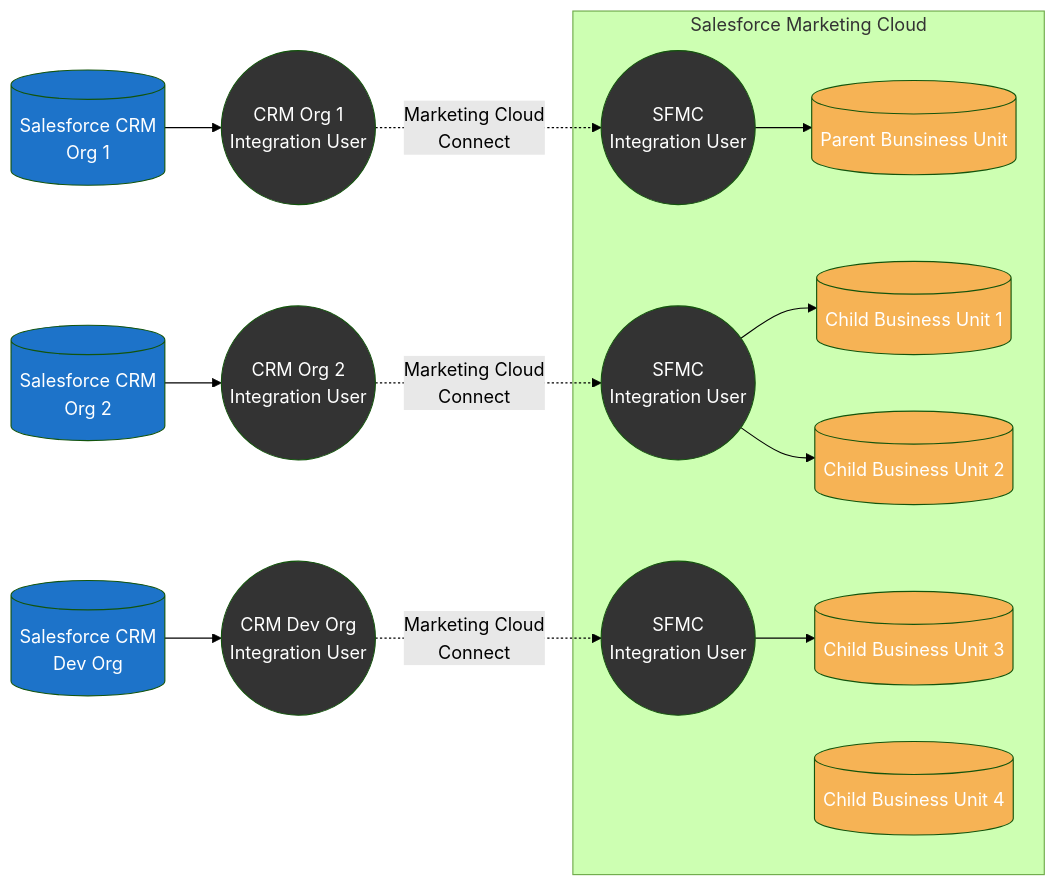
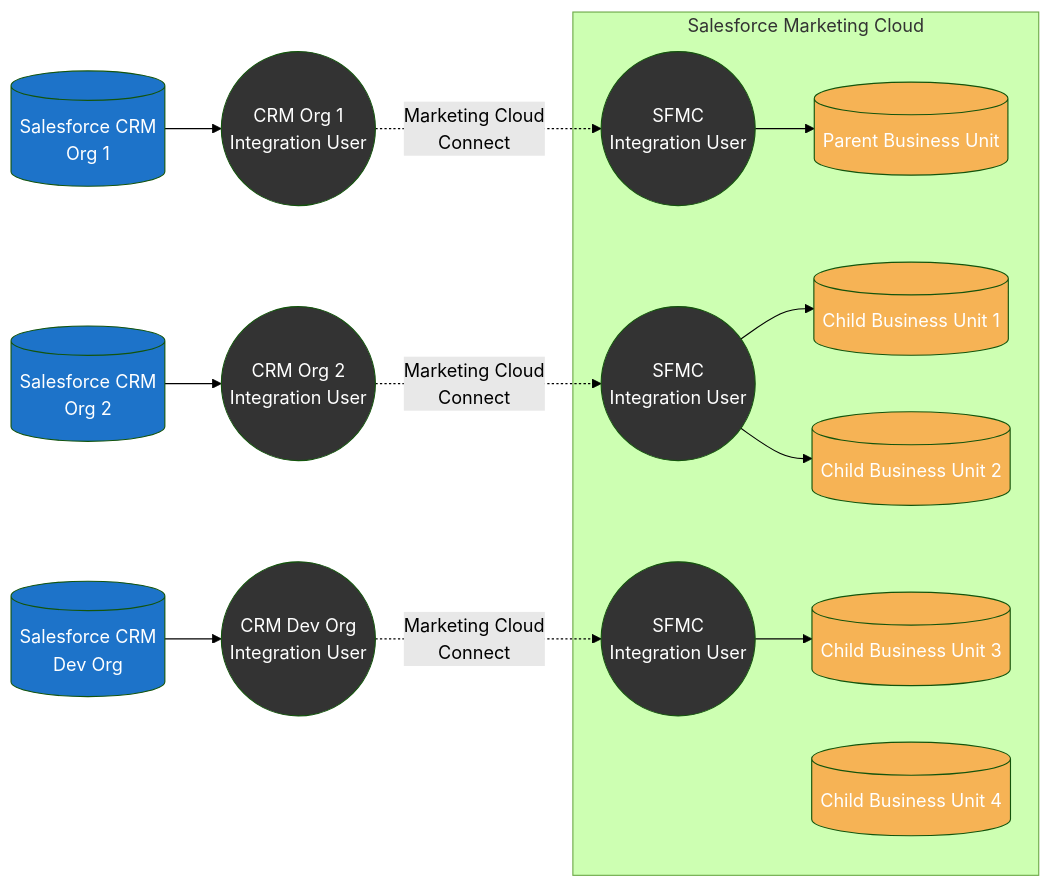
The sixth of 7 diagrams in docs/config/sfmc-mcc-integration-patterns.mdx (MateuszDabrowski/mateuszdabrowski.pl), drawn with Mermaid (forest theme) before and after one commit. The commit also changed other lines of this file and 1 other file, not shown here.

````diff
--- a/docs/config/sfmc-mcc-integration-patterns.mdx
+++ b/docs/config/sfmc-mcc-integration-patterns.mdx
@@ -282,35 +288,35 @@
 ```mermaid
 graph LR
  crm1[(Salesforce CRM\nOrg 1)]:::sfdc
  crm2[(Salesforce CRM\nOrg 2)]:::sfdc
  crm3[(Salesforce CRM\nDev Org)]:::sfdc
  crm1IU((CRM Org 1\nIntegration User)):::mcc
  crm2IU((CRM Org 2\nIntegration User)):::mcc
  crm3IU((CRM Dev Org\nIntegration User)):::mcc
  sfmc1IU((SFMC\nIntegration User)):::mcc
  sfmc2IU((SFMC\nIntegration User)):::mcc
  sfmc3IU((SFMC\nIntegration User)):::mcc
- sfmc1[(Parent Bunsiness Unit)]:::sfmc
+ sfmc1[(Parent Business Unit)]:::sfmc
  sfmcBU1[(Child Business Unit 1)]:::sfmc
  sfmcBU2[(Child Business Unit 2)]:::sfmc
  sfmcBU3[(Child Business Unit 3)]:::sfmc
  sfmcBU4[(Child Business Unit 4)]:::sfmc
 
  crm1 --> crm1IU
  crm1IU -. Marketing Cloud\nConnect .-> sfmc1IU
  crm2 --> crm2IU
  crm2IU -. Marketing Cloud\nConnect .-> sfmc2IU
  crm3 --> crm3IU
  crm3IU -. Marketing Cloud\nConnect .-> sfmc3IU
  subgraph sfmc [Salesforce Marketing Cloud]
-    sfmc1IU --> sfmc1
-    sfmc2IU --> sfmcBU1
-    sfmc2IU --> sfmcBU2
-    sfmc3IU --> sfmcBU3
-    sfmcBU4
+ sfmc1IU --> sfmc1
+ sfmc2IU --> sfmcBU1
+ sfmc2IU --> sfmcBU2
+ sfmc3IU --> sfmcBU3
+ sfmcBU4
  end
 
  classDef sfdc fill:#1d73c9,color:#ffffff
  classDef sfmc fill:#f6b355,color:#ffffff
  classDef mcc fill:#333333,color:#ffffff
 ```
````
